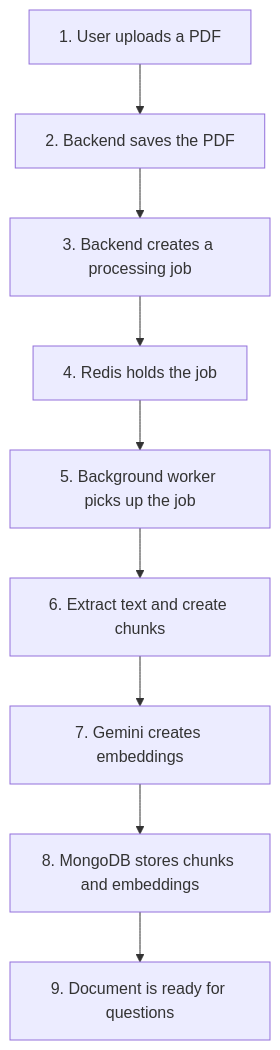
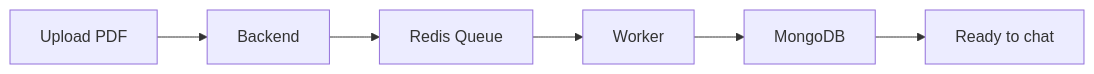
One commit to Dilip-Git18/FileMind changed the first of 2 diagrams in README.md. Above: the diagram before and after it, drawn with Mermaid. The commit also changed other lines of this file, not shown here.

Commit message:
v 1.3 -> README

````diff
--- a/README.md
+++ b/README.md
@@ -20,11 +20,8 @@
 ```mermaid
-flowchart TD
-    A[1. User uploads a PDF] --> B[2. Backend saves the PDF]
-    B --> C[3. Backend creates a processing job]
-    C --> D[4. Redis holds the job]
-    D --> E[5. Background worker picks up the job]
-    E --> F[6. Extract text and create chunks]
-    F --> G[7. Gemini creates embeddings]
-    G --> H[8. MongoDB stores chunks and embeddings]
-    H --> I[9. Document is ready for questions]
+flowchart LR
+    A[Upload PDF] --> B[Backend]
+    B --> C[Redis Queue]
+    C --> D[Worker]
+    D --> E[MongoDB]
+    E --> F[Ready to chat]
 ```
````
